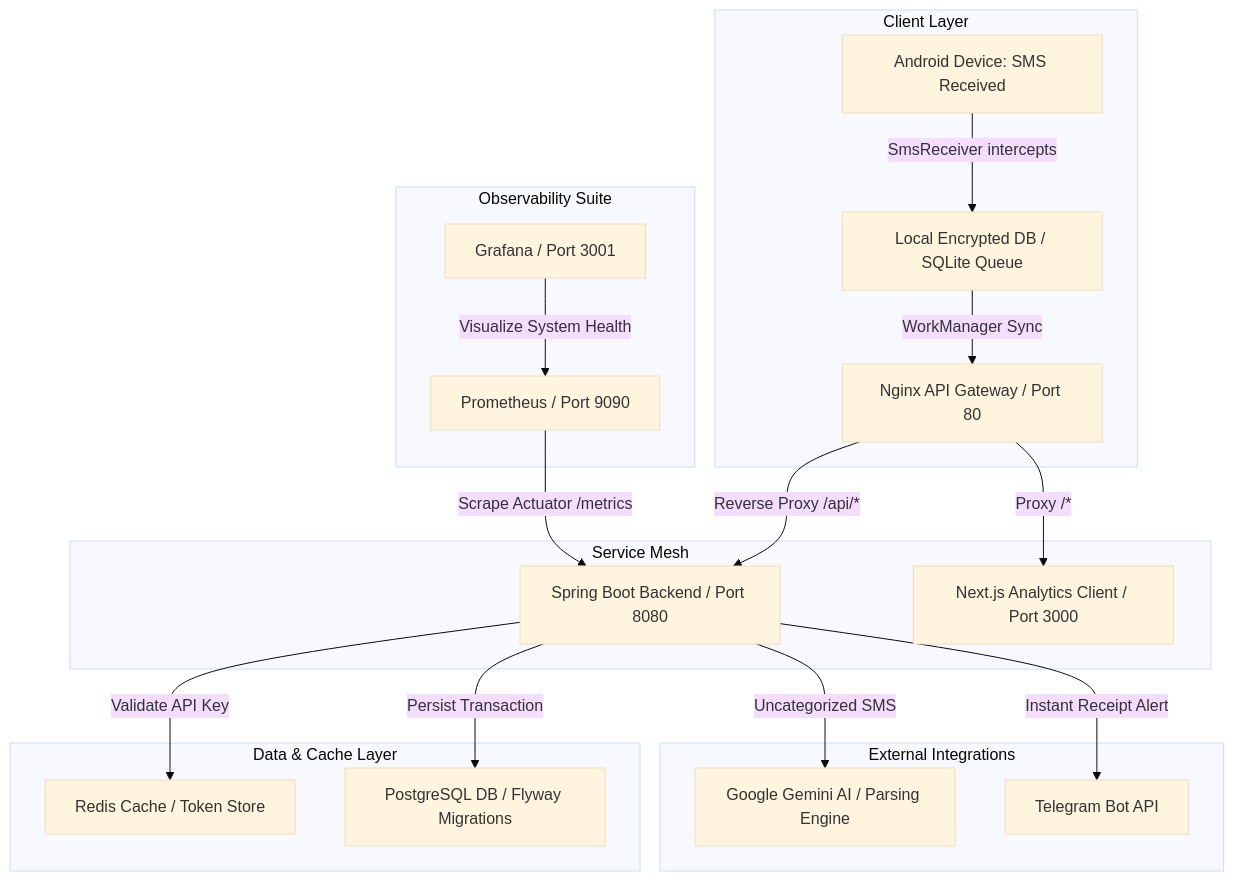
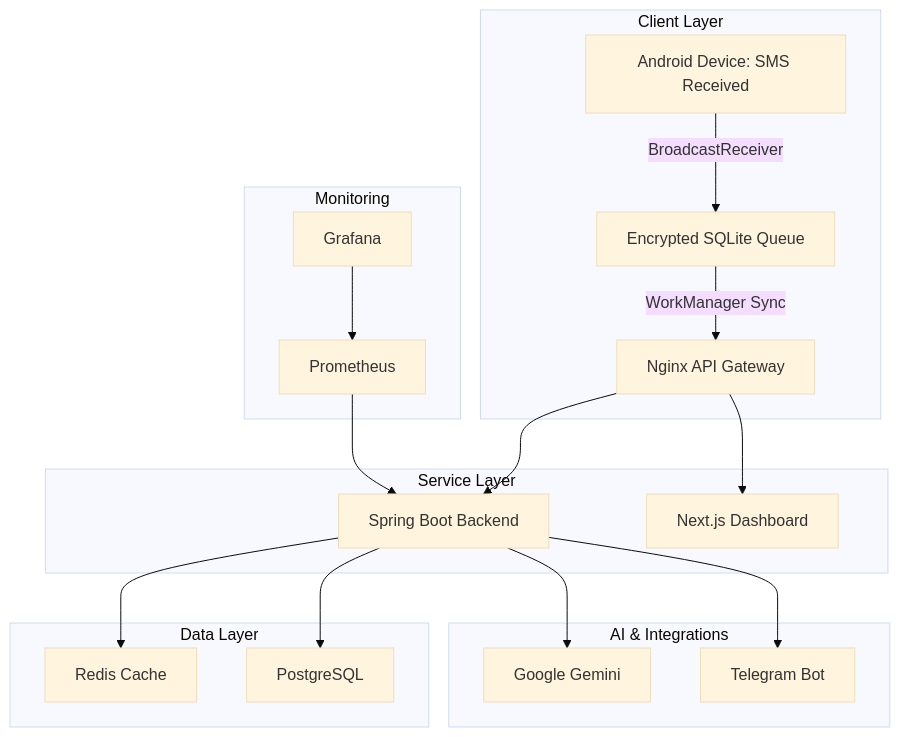
The diagram in README.md (Syedd18/Fintrack), drawn with Mermaid (base theme) before and after one commit. The commit also changed other lines of this file, not shown here.

````diff
--- a/README.md
+++ b/README.md
@@ -11,27 +50,29 @@
 ```mermaid
 graph TD
     subgraph Client Layer
-        A[Android Device: SMS Received] -->|SmsReceiver intercepts| B[Local Encrypted DB / SQLite Queue]
-        B -->|WorkManager Sync| C[Nginx API Gateway / Port 80]
+        A[Android Device: SMS Received] -->|BroadcastReceiver| B[Encrypted SQLite Queue]
+        B -->|WorkManager Sync| C[Nginx API Gateway]
     end
 
-    subgraph Service Mesh
-        C -->|Reverse Proxy /api/*| D[Spring Boot Backend / Port 8080]
-        C -->|Proxy /*| I[Next.js Analytics Client / Port 3000]
+    subgraph Service Layer
+        C --> D[Spring Boot Backend]
+        C --> I[Next.js Dashboard]
     end
 
-    subgraph Data & Cache Layer
-        D -->|Validate API Key| E[Redis Cache / Token Store]
-        D -->|Persist Transaction| F[PostgreSQL DB / Flyway Migrations]
+    subgraph Data Layer
+        D --> E[Redis Cache]
+        D --> F[PostgreSQL]
     end
 
-    subgraph External Integrations
-        D -->|Uncategorized SMS| G[Google Gemini AI / Parsing Engine]
-        D -->|Instant Receipt Alert| H[Telegram Bot API]
+    subgraph AI & Integrations
+        D --> G[Google Gemini]
+        D --> H[Telegram Bot]
     end
 
-    subgraph Observability Suite
-        J[Prometheus / Port 9090] -->|Scrape Actuator /metrics| D
-        K[Grafana / Port 3001] -->|Visualize System Health| J
+    subgraph Monitoring
+        J[Prometheus]
+        K[Grafana]
+        J --> D
+        K --> J
     end
 ```
````
